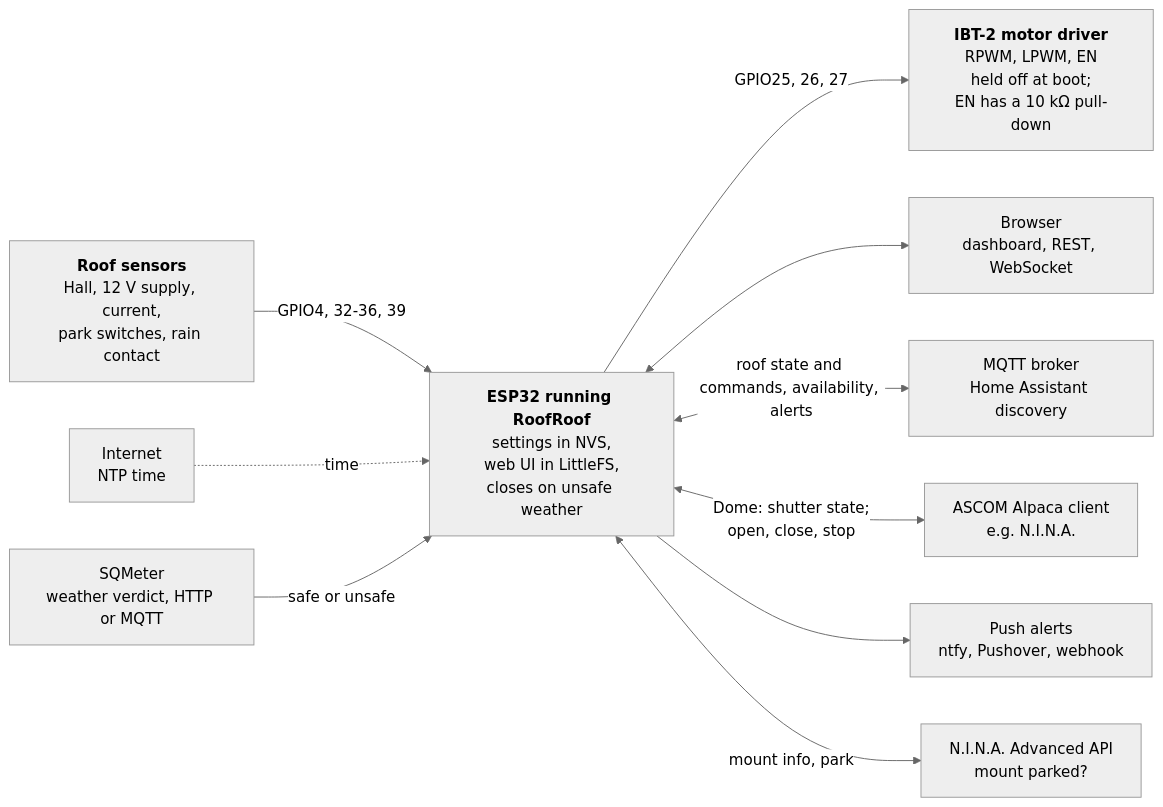
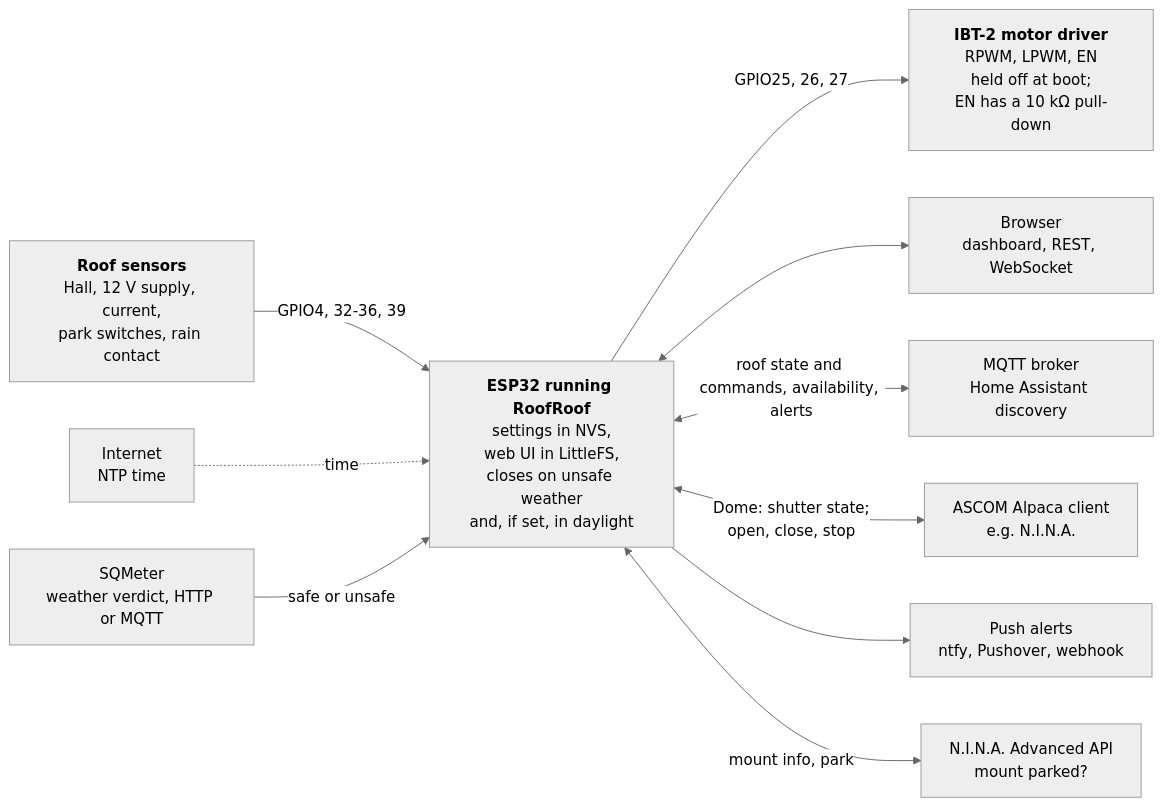
Before and after one commit to DeanJ87/RoofRoof: the diagram in docs/index.md, drawn with Mermaid (neutral theme). The commit also changed other lines of this file and 16 other files, not shown here.

Commit message:
013: docs: daylight failsafe in the close-on-unsafe guide, configuration, alerts, REST, MQTT, Alpaca, dashboard, demo, troubleshooting, heritage; diagrams re-checked

````diff
--- a/docs/index.md
+++ b/docs/index.md
@@ -29,24 +29,24 @@
 ```mermaid
 flowchart LR
     accTitle: What RoofRoof connects to
-    accDescr: The ESP32 holds the motor driver's pins low from boot and drives it on a person's, an imaging app's or (when switched on) an MQTT command, or to close the roof when the weather turns unsafe, reads the roof's Hall, supply, current, park and rain inputs, keeps its settings and web UI on the device, serves a dashboard and APIs to browsers, publishes the roof's state to an MQTT broker and takes its commands when switched on, serves the roof as an ASCOM Alpaca Dome to clients such as N.I.N.A., and sends alerts to push services. It reads the weather verdict from SQMeter and the mount's park state from N.I.N.A.'s Advanced API. It gets time from the internet by NTP.
+    accDescr: The ESP32 holds the motor driver's pins low from boot and drives it on a person's, an imaging app's or (when switched on) an MQTT command, or to close the roof when the weather turns unsafe (or, with the daylight close set, after sunrise), reads the roof's Hall, supply, current, park and rain inputs, keeps its settings and web UI on the device, serves a dashboard and APIs to browsers, publishes the roof's state to an MQTT broker and takes its commands when switched on, serves the roof as an ASCOM Alpaca Dome to clients such as N.I.N.A., and sends alerts to push services. It reads the weather verdict from SQMeter and the mount's park state from N.I.N.A.'s Advanced API. It gets time from the internet by NTP.
     DRIVER["<b>IBT-2 motor driver</b><br/>RPWM, LPWM, EN<br/>held off at boot;<br/>EN has a 10 kΩ pull-down"]
     SENSE["<b>Roof sensors</b><br/>Hall, 12 V supply, current,<br/>park switches, rain contact"]
-    ESP["<b>ESP32 running RoofRoof</b><br/>settings in NVS,<br/>web UI in LittleFS,<br/>closes on unsafe weather"]
+    ESP["<b>ESP32 running RoofRoof</b><br/>settings in NVS,<br/>web UI in LittleFS,<br/>closes on unsafe weather<br/>and, if set, in daylight"]
     WEB["Browser<br/>dashboard, REST, WebSocket"]
     MQTT["MQTT broker<br/>Home Assistant discovery"]
     ALPACA["ASCOM Alpaca client<br/>e.g. N.I.N.A."]
     PUSH["Push alerts<br/>ntfy, Pushover, webhook"]
     NET["Internet<br/>NTP time"]
     SQM["SQMeter<br/>weather verdict, HTTP or MQTT"]
     NAPI["N.I.N.A. Advanced API<br/>mount parked?"]
     ESP -->|"GPIO25, 26, 27"| DRIVER
     SENSE -->|"GPIO4, 32-36, 39"| ESP
     NET -.->|time| ESP
     ESP <--> WEB
     ESP <-->|roof state and commands, availability, alerts| MQTT
     ESP <-->|Dome: shutter state;<br/>open, close, stop| ALPACA
     ESP --> PUSH
     SQM -->|safe or unsafe| ESP
     ESP <-->|mount info, park| NAPI
 ```
````
